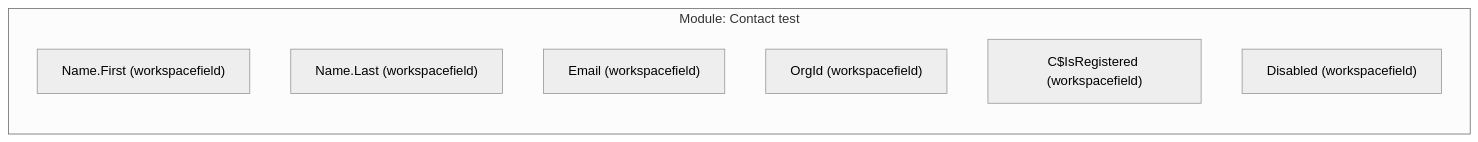
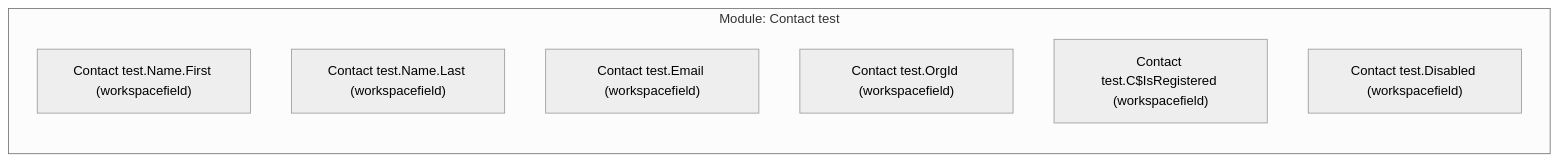
One commit to SujalMatolia0/Config_Migration changed the second of 9 diagrams in results/COMPLETE_SYSTEM_MAPPING.md. Above: the diagram before and after it, drawn with Mermaid (neutral theme). The commit also changed other lines of this file and 23 other files, not shown here.

Commit message:
feat(graph-ui): enforce equal angle geometry, outward sector arc layout, and object-scoped field mapping

````diff
--- a/results/COMPLETE_SYSTEM_MAPPING.md
+++ b/results/COMPLETE_SYSTEM_MAPPING.md
@@ -128,11 +131,11 @@
 ```mermaid
 flowchart LR
   subgraph MOD_Contact_test ["Module: Contact test"]
-    N_workspacefield_name_first["Name.First (workspacefield)"]
-    N_workspacefield_name_last["Name.Last (workspacefield)"]
-    N_workspacefield_email["Email (workspacefield)"]
-    N_workspacefield_orgid["OrgId (workspacefield)"]
-    N_workspacefield_c_isregistered["C$IsRegistered (workspacefield)"]
-    N_workspacefield_disabled["Disabled (workspacefield)"]
+    N_workspacefield_contact_test_name_first["Contact test.Name.First (workspacefield)"]
+    N_workspacefield_contact_test_name_last["Contact test.Name.Last (workspacefield)"]
+    N_workspacefield_contact_test_email["Contact test.Email (workspacefield)"]
+    N_workspacefield_contact_test_orgid["Contact test.OrgId (workspacefield)"]
+    N_workspacefield_contact_test_c_isregistered["Contact test.C$IsRegistered (workspacefield)"]
+    N_workspacefield_contact_test_disabled["Contact test.Disabled (workspacefield)"]
   end
 ```
````
